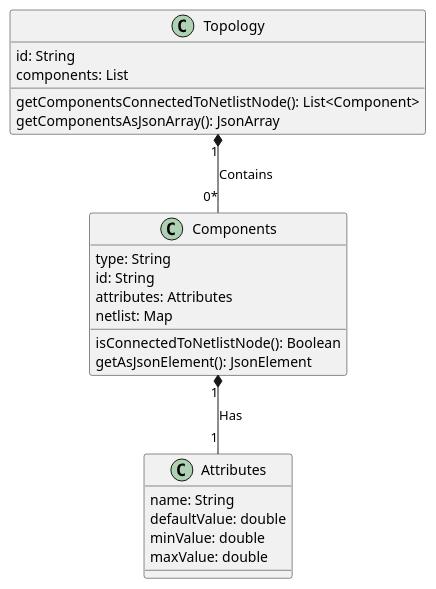
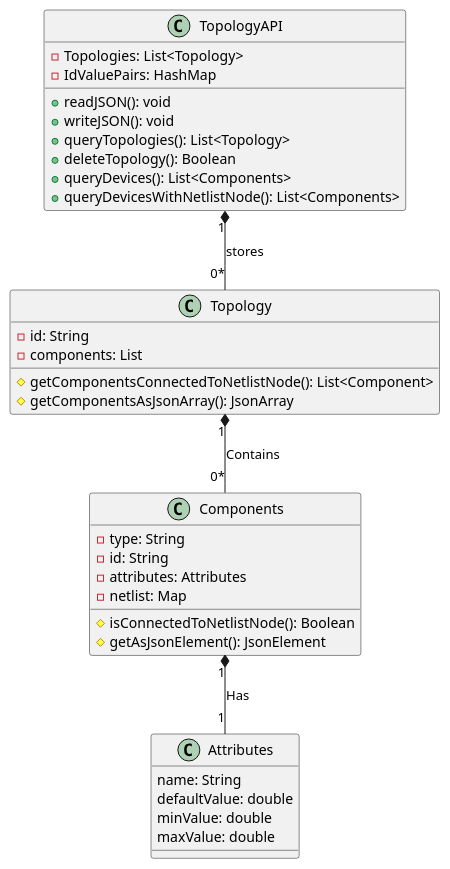
One commit to KarimElsayad247/MasterMicroTopologyAPI changed the diagram in classDiagram.puml. Above: the diagram before and after it, drawn with PlantUML.

Commit message:
Update UML class diagram to include TopologyAPI

```diff
--- a/classDiagram.puml
+++ b/classDiagram.puml
@@ -1,26 +1,43 @@
 @startuml
+
+class TopologyAPI {
+
+    - Topologies: List<Topology>
+    - IdValuePairs: HashMap
+
+    + readJSON(): void
+    + writeJSON(): void
+    + queryTopologies(): List<Topology>
+    + deleteTopology(): Boolean
+    + queryDevices(): List<Components>
+    + queryDevicesWithNetlistNode(): List<Components>
+
+}
+
 class Topology {
-    id: String
-    components: List
-    getComponentsConnectedToNetlistNode(): List<Component>
-    getComponentsAsJsonArray(): JsonArray
+    - id: String
+    - components: List
+    # getComponentsConnectedToNetlistNode(): List<Component>
+    # getComponentsAsJsonArray(): JsonArray
 }
 
 class Components {
-    type: String
-    id: String
-    attributes: Attributes
-    netlist: Map
-    isConnectedToNetlistNode(): Boolean
-    getAsJsonElement(): JsonElement
+    -type: String
+    -id: String
+    -attributes: Attributes
+    -netlist: Map
+    # isConnectedToNetlistNode(): Boolean
+    # getAsJsonElement(): JsonElement
 }
 
 class Attributes {
     name: String
     defaultValue: double
     minValue: double
     maxValue: double
 }
+
+TopologyAPI "1" *-- "0*" Topology: stores
 Topology "1" *-- "0*" Components : Contains
 Components "1" *-- "1" Attributes : Has
 @enduml
```
